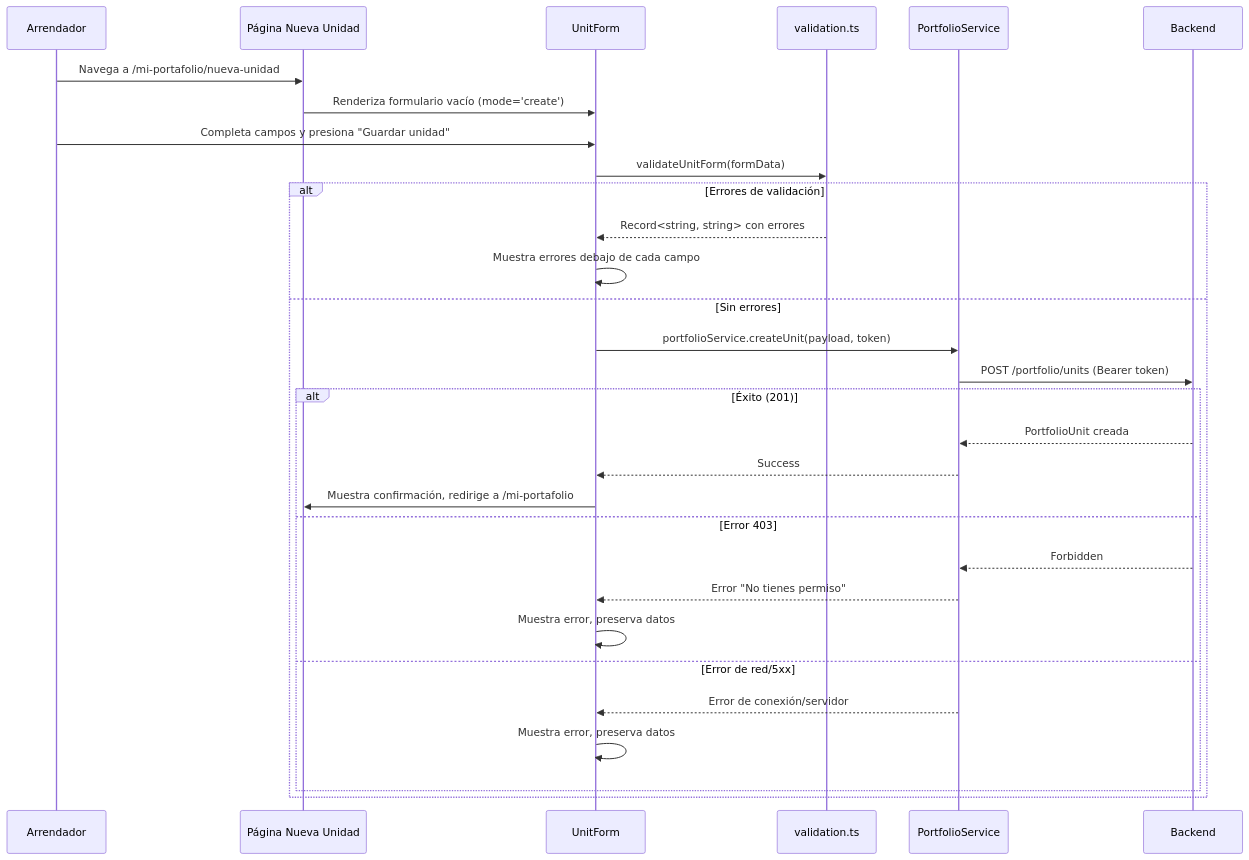
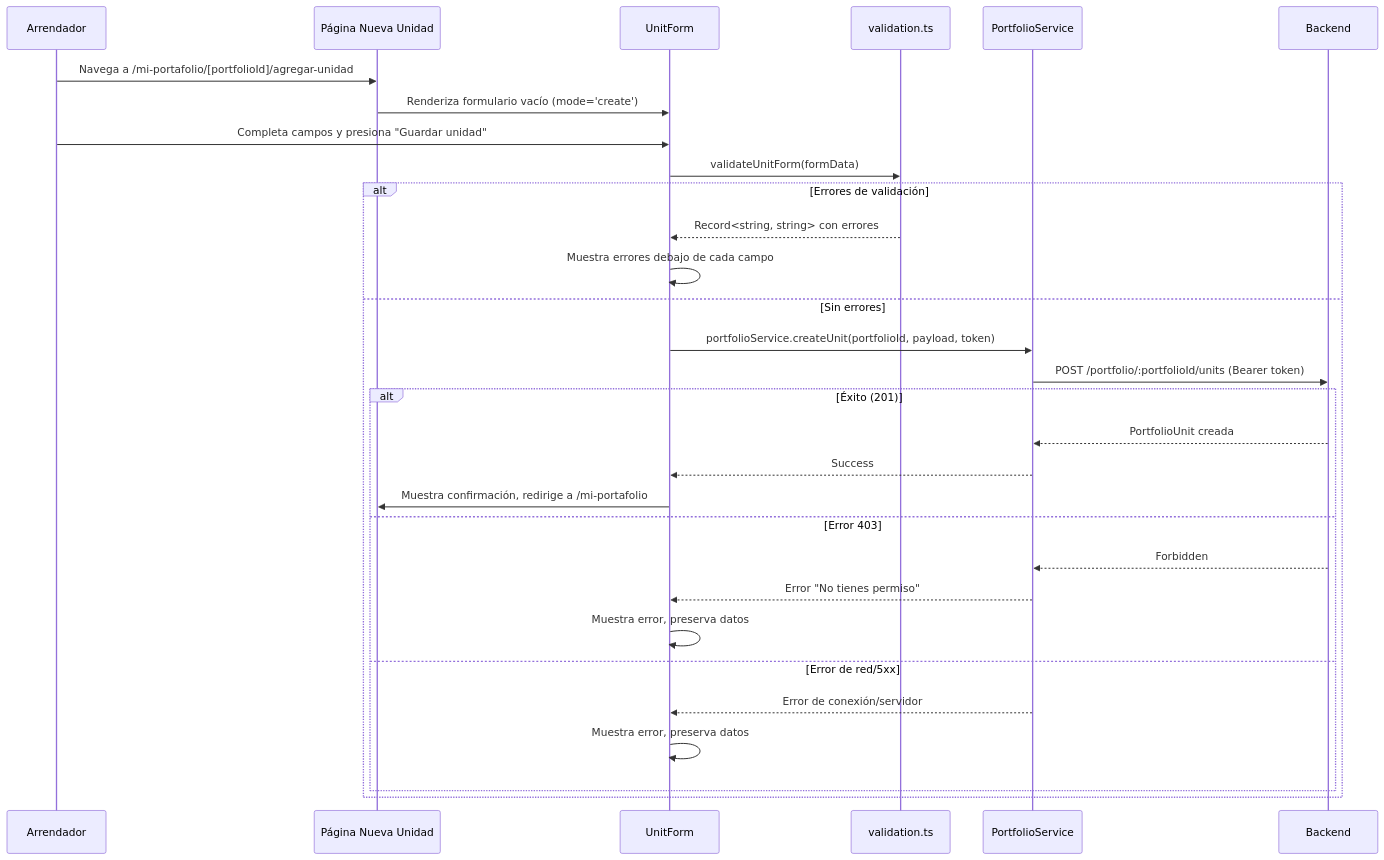
One commit to JAVegaG/PuenteHogar changed the third of 4 diagrams in .kiro/specs/landlord-portfolio-frontend/design.md. Above: the diagram before and after it, drawn with Mermaid. The commit also changed other lines of this file and 7 other files, not shown here.

````diff
--- a/.kiro/specs/landlord-portfolio-frontend/design.md
+++ b/.kiro/specs/landlord-portfolio-frontend/design.md
@@ -139,33 +139,33 @@
 ```mermaid
 sequenceDiagram
     participant U as Arrendador
     participant NP as Página Nueva Unidad
     participant UF as UnitForm
     participant V as validation.ts
     participant PS as PortfolioService
     participant B as Backend
 
-    U->>NP: Navega a /mi-portafolio/nueva-unidad
+    U->>NP: Navega a /mi-portafolio/[portfolioId]/agregar-unidad
     NP->>UF: Renderiza formulario vacío (mode='create')
     U->>UF: Completa campos y presiona "Guardar unidad"
     UF->>V: validateUnitForm(formData)
     alt Errores de validación
         V-->>UF: Record<string, string> con errores
         UF->>UF: Muestra errores debajo de cada campo
     else Sin errores
-        UF->>PS: portfolioService.createUnit(payload, token)
-        PS->>B: POST /portfolio/units (Bearer token)
+        UF->>PS: portfolioService.createUnit(portfolioId, payload, token)
+        PS->>B: POST /portfolio/:portfolioId/units (Bearer token)
         alt Éxito (201)
             B-->>PS: PortfolioUnit creada
             PS-->>UF: Success
             UF->>NP: Muestra confirmación, redirige a /mi-portafolio
         else Error 403
             B-->>PS: Forbidden
             PS-->>UF: Error "No tienes permiso"
             UF->>UF: Muestra error, preserva datos
         else Error de red/5xx
             PS-->>UF: Error de conexión/servidor
             UF->>UF: Muestra error, preserva datos
         end
     end
 ```
````
